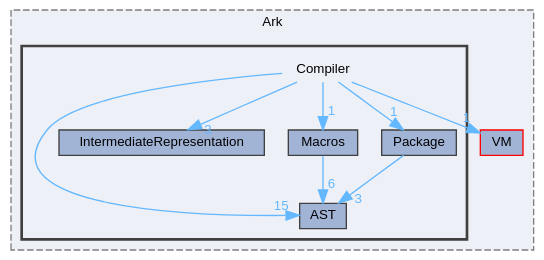
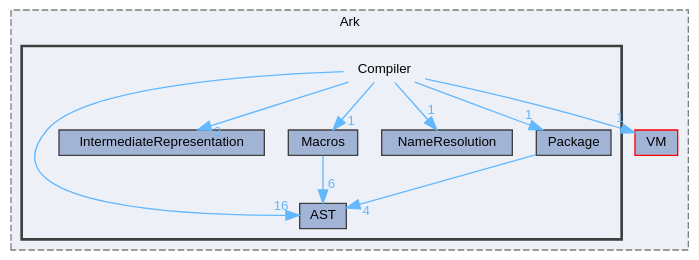
Before and after one commit to ArkScript-lang/old-website: the diagram in impl/dir_e4f19535f57335fb80a0267cec25bf70_dep.dot, drawn with Graphviz. The commit also changed 1424 other files, not shown here.

```diff
--- a/impl/dir_e4f19535f57335fb80a0267cec25bf70_dep.dot
+++ b/impl/dir_e4f19535f57335fb80a0267cec25bf70_dep.dot
@@ -1,28 +1,30 @@
 digraph "/Users/fola/Documents/ArkScript/Ark/include/Ark/Compiler"
 {
  // INTERACTIVE_SVG=YES
  // LATEX_PDF_SIZE
   bgcolor="transparent";
   edge [fontname=Helvetica,fontsize=10,labelfontname=Helvetica,labelfontsize=10];
   node [fontname=Helvetica,fontsize=10,shape=box,height=0.2,width=0.4];
   compound=true
   subgraph clusterdir_a8b6c64285bf9ac60f50770eb2fc48b5 {
     graph [ bgcolor="#edf0f7", pencolor="grey50", label="Ark", fontname=Helvetica,fontsize=10 style="filled,dashed", URL="dir_a8b6c64285bf9ac60f50770eb2fc48b5.html",tooltip=""]
   dir_222307dbf92126e8e24c7a501f533901 [label="VM", fillcolor="#a2b4d6", color="red", style="filled", URL="dir_222307dbf92126e8e24c7a501f533901.html",tooltip=""];
   subgraph clusterdir_e4f19535f57335fb80a0267cec25bf70 {
     graph [ bgcolor="#edf0f7", pencolor="grey25", label="", fontname=Helvetica,fontsize=10 style="filled,bold", URL="dir_e4f19535f57335fb80a0267cec25bf70.html",tooltip=""]
     dir_e4f19535f57335fb80a0267cec25bf70 [shape=plaintext, label="Compiler"];
   dir_100d7a05404dd55ce1a106aad5a3b28c [label="AST", fillcolor="#a2b4d6", color="grey25", style="filled", URL="dir_100d7a05404dd55ce1a106aad5a3b28c.html",tooltip=""];
   dir_ad45c69e33d564afb397466bf2d991f2 [label="IntermediateRepresentation", fillcolor="#a2b4d6", color="grey25", style="filled", URL="dir_ad45c69e33d564afb397466bf2d991f2.html",tooltip=""];
   dir_54ed949f9e2ebe39c7d7ae9210877b49 [label="Macros", fillcolor="#a2b4d6", color="grey25", style="filled", URL="dir_54ed949f9e2ebe39c7d7ae9210877b49.html",tooltip=""];
+  dir_7af1ad8c04f38ec2fb191400d7a454aa [label="NameResolution", fillcolor="#a2b4d6", color="grey25", style="filled", URL="dir_7af1ad8c04f38ec2fb191400d7a454aa.html",tooltip=""];
   dir_544073e927e87469916ed179e00b9be3 [label="Package", fillcolor="#a2b4d6", color="grey25", style="filled", URL="dir_544073e927e87469916ed179e00b9be3.html",tooltip=""];
   }
   }
-  dir_e4f19535f57335fb80a0267cec25bf70->dir_100d7a05404dd55ce1a106aad5a3b28c [headlabel="15", labeldistance=1.5 headhref="dir_000007_000003.html" href="dir_000007_000003.html" color="steelblue1" fontcolor="steelblue1"];
-  dir_e4f19535f57335fb80a0267cec25bf70->dir_222307dbf92126e8e24c7a501f533901 [headlabel="1", labeldistance=1.5 headhref="dir_000007_000023.html" href="dir_000007_000023.html" color="steelblue1" fontcolor="steelblue1"];
-  dir_e4f19535f57335fb80a0267cec25bf70->dir_544073e927e87469916ed179e00b9be3 [headlabel="1", labeldistance=1.5 headhref="dir_000007_000016.html" href="dir_000007_000016.html" color="steelblue1" fontcolor="steelblue1"];
+  dir_e4f19535f57335fb80a0267cec25bf70->dir_100d7a05404dd55ce1a106aad5a3b28c [headlabel="16", labeldistance=1.5 headhref="dir_000007_000003.html" href="dir_000007_000003.html" color="steelblue1" fontcolor="steelblue1"];
+  dir_e4f19535f57335fb80a0267cec25bf70->dir_222307dbf92126e8e24c7a501f533901 [headlabel="1", labeldistance=1.5 headhref="dir_000007_000025.html" href="dir_000007_000025.html" color="steelblue1" fontcolor="steelblue1"];
+  dir_e4f19535f57335fb80a0267cec25bf70->dir_544073e927e87469916ed179e00b9be3 [headlabel="1", labeldistance=1.5 headhref="dir_000007_000018.html" href="dir_000007_000018.html" color="steelblue1" fontcolor="steelblue1"];
   dir_e4f19535f57335fb80a0267cec25bf70->dir_54ed949f9e2ebe39c7d7ae9210877b49 [headlabel="1", labeldistance=1.5 headhref="dir_000007_000014.html" href="dir_000007_000014.html" color="steelblue1" fontcolor="steelblue1"];
+  dir_e4f19535f57335fb80a0267cec25bf70->dir_7af1ad8c04f38ec2fb191400d7a454aa [headlabel="1", labeldistance=1.5 headhref="dir_000007_000016.html" href="dir_000007_000016.html" color="steelblue1" fontcolor="steelblue1"];
   dir_e4f19535f57335fb80a0267cec25bf70->dir_ad45c69e33d564afb397466bf2d991f2 [headlabel="3", labeldistance=1.5 headhref="dir_000007_000012.html" href="dir_000007_000012.html" color="steelblue1" fontcolor="steelblue1"];
   dir_54ed949f9e2ebe39c7d7ae9210877b49->dir_100d7a05404dd55ce1a106aad5a3b28c [headlabel="6", labeldistance=1.5 headhref="dir_000014_000003.html" href="dir_000014_000003.html" color="steelblue1" fontcolor="steelblue1"];
-  dir_544073e927e87469916ed179e00b9be3->dir_100d7a05404dd55ce1a106aad5a3b28c [headlabel="3", labeldistance=1.5 headhref="dir_000016_000003.html" href="dir_000016_000003.html" color="steelblue1" fontcolor="steelblue1"];
+  dir_544073e927e87469916ed179e00b9be3->dir_100d7a05404dd55ce1a106aad5a3b28c [headlabel="4", labeldistance=1.5 headhref="dir_000018_000003.html" href="dir_000018_000003.html" color="steelblue1" fontcolor="steelblue1"];
 }
```
